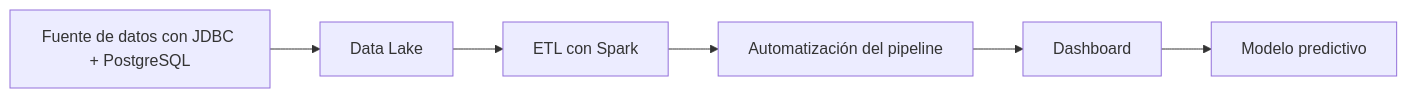
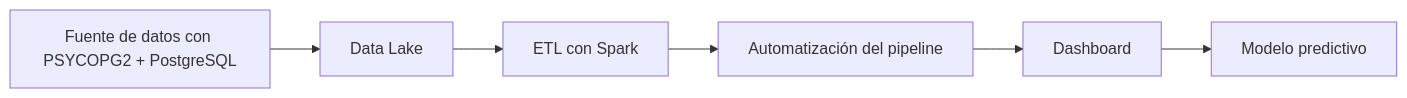
One commit to QiweiLiuYang/bigdata-p2-itaca changed the diagram in README.md. Above: the diagram before and after it, drawn with Mermaid. The commit also changed other lines of this file and 4 other files, not shown here.

````diff
--- a/README.md
+++ b/README.md
@@ -17,8 +17,8 @@
 ```mermaid
 graph LR
-    A[Fuente de datos con JDBC + PostgreSQL] --> B[Data Lake]
+    A[Fuente de datos con PSYCOPG2 + PostgreSQL] --> B[Data Lake]
     B --> C[ETL con Spark]
     C --> D[Automatización del pipeline]
     D --> E[Dashboard]
     E --> F[Modelo predictivo]
 ```
````
